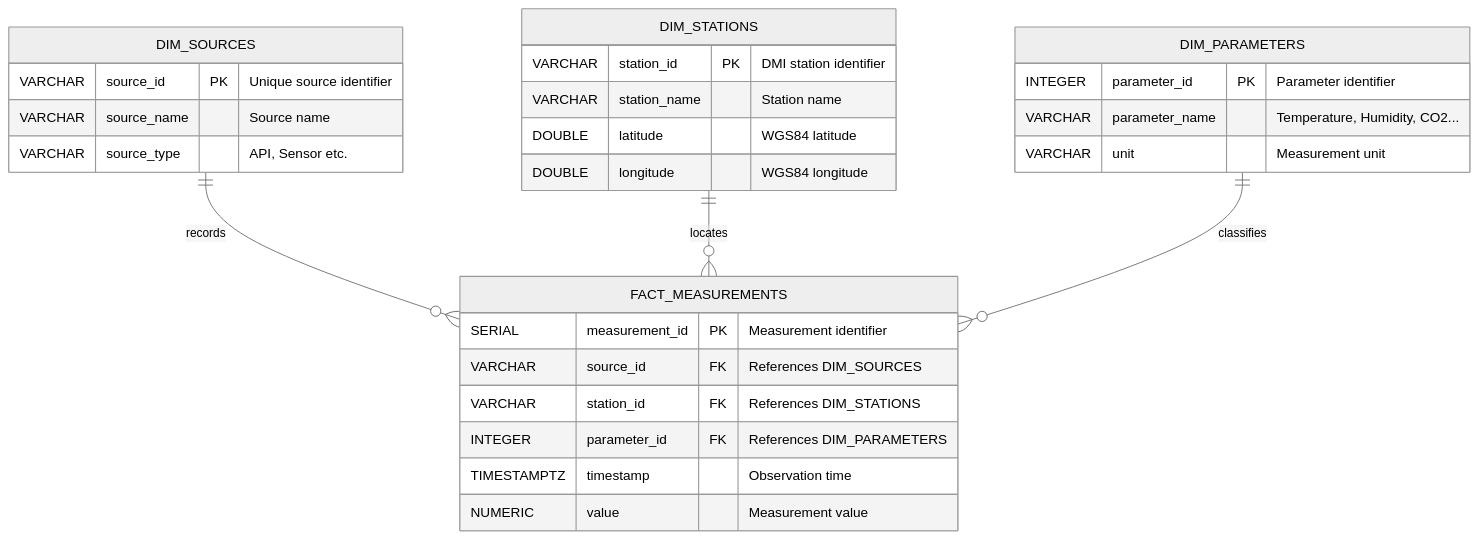
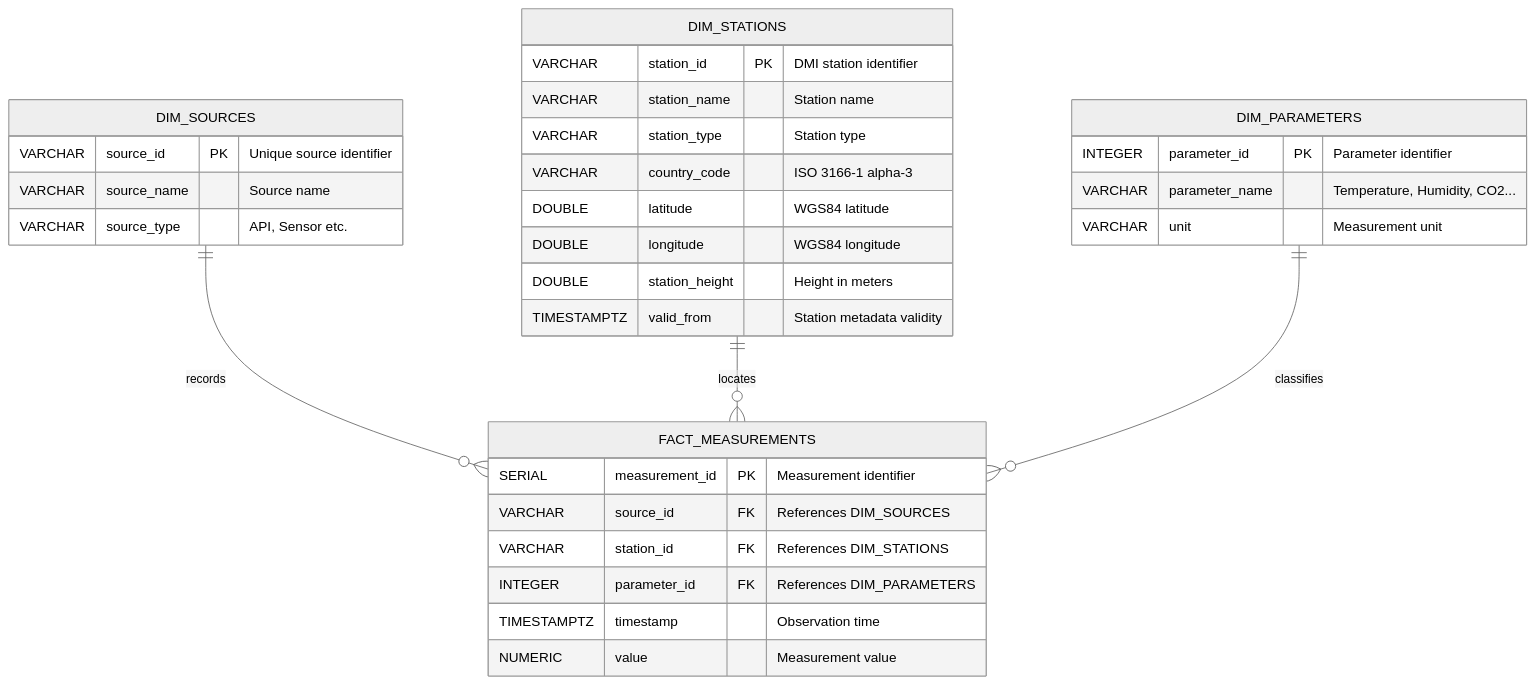
Before and after one commit to mielouise/environment_data_project: the fourth of 4 diagrams in README.md, drawn with Mermaid (neutral theme). The commit also changed other lines of this file, not shown here.

````diff
--- a/README.md
+++ b/README.md
@@ -624,34 +654,38 @@
 ```mermaid
 erDiagram
     DIM_SOURCES ||--o{ FACT_MEASUREMENTS : records
     DIM_STATIONS ||--o{ FACT_MEASUREMENTS : locates
     DIM_PARAMETERS ||--o{ FACT_MEASUREMENTS : classifies
 
     DIM_SOURCES {
         VARCHAR source_id PK "Unique source identifier"
         VARCHAR source_name "Source name"
         VARCHAR source_type "API, Sensor etc."
     }
 
     DIM_PARAMETERS {
         INTEGER parameter_id PK "Parameter identifier"
         VARCHAR parameter_name "Temperature, Humidity, CO2..."
         VARCHAR unit "Measurement unit"
     }
 
     DIM_STATIONS {
         VARCHAR station_id PK "DMI station identifier"
         VARCHAR station_name "Station name"
+        VARCHAR station_type "Station type"
+        VARCHAR country_code "ISO 3166-1 alpha-3"
         DOUBLE latitude "WGS84 latitude"
         DOUBLE longitude "WGS84 longitude"
+        DOUBLE station_height "Height in meters"
+        TIMESTAMPTZ valid_from "Station metadata validity"
     }
 
     FACT_MEASUREMENTS {
         SERIAL measurement_id PK "Measurement identifier"
         VARCHAR source_id FK "References DIM_SOURCES"
         VARCHAR station_id FK "References DIM_STATIONS"
         INTEGER parameter_id FK "References DIM_PARAMETERS"
         TIMESTAMPTZ timestamp "Observation time"
         NUMERIC value "Measurement value"
     }
 ```
````
